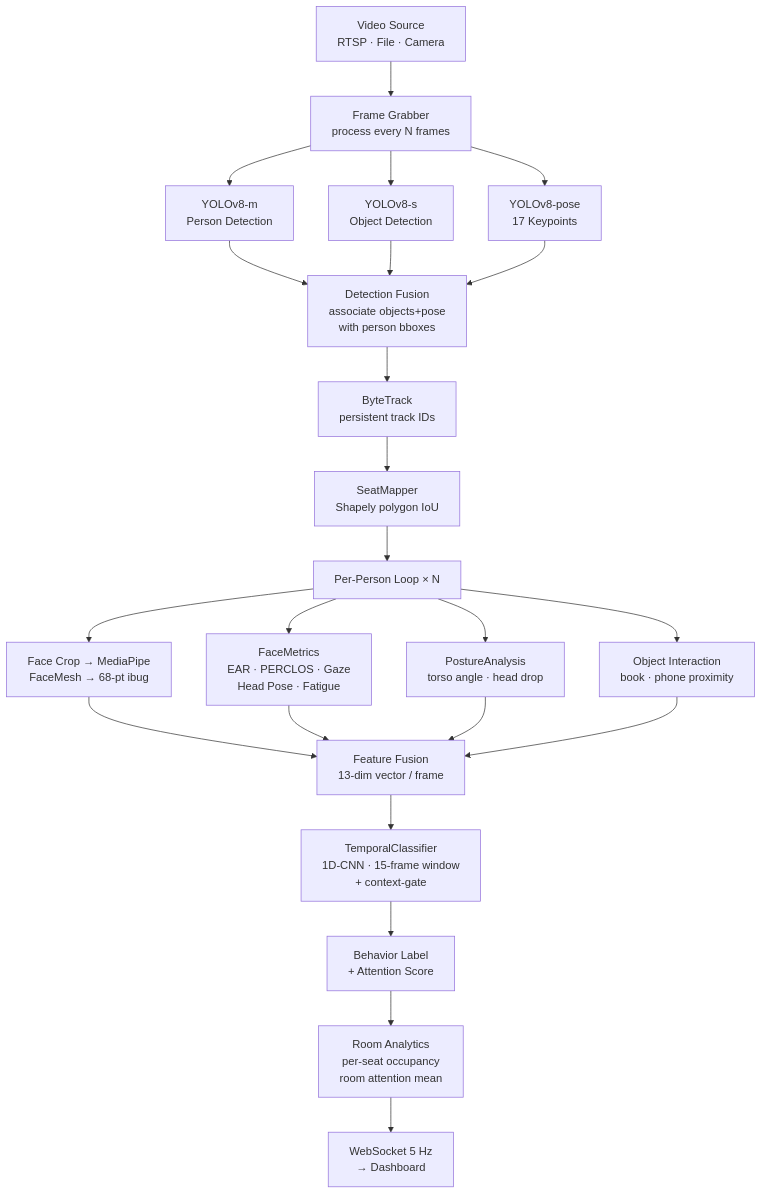
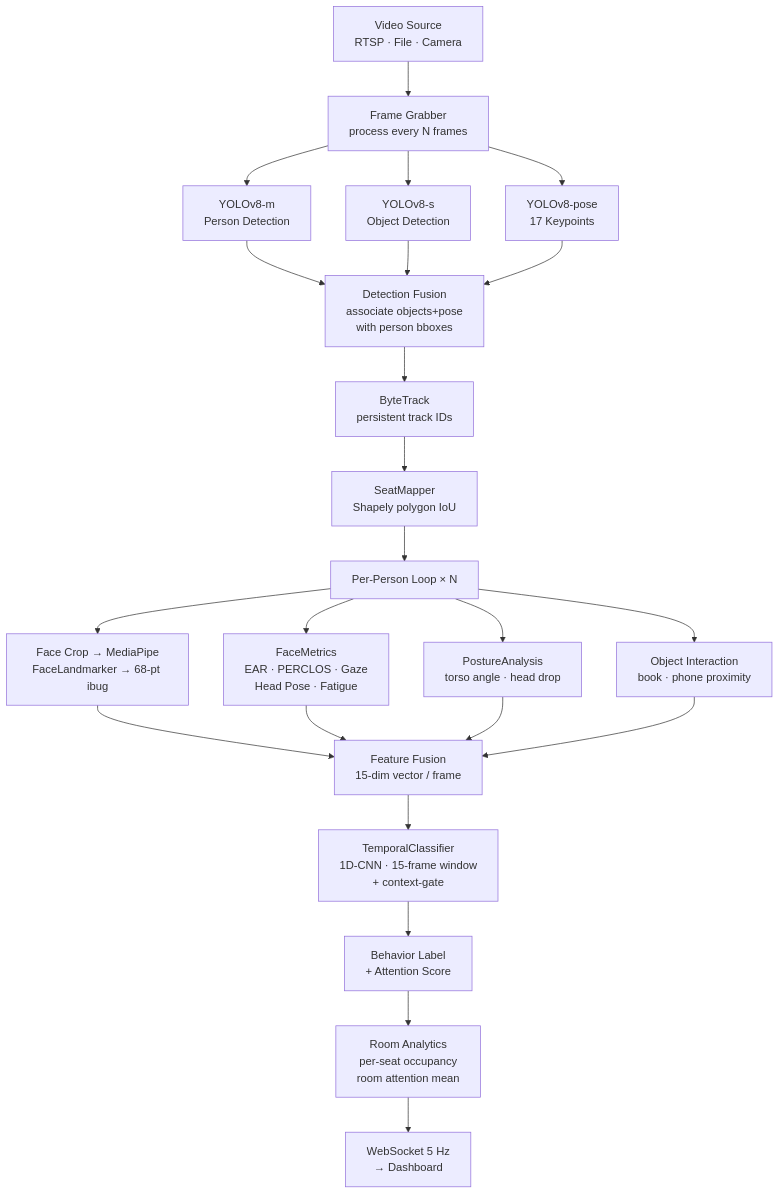
The first of 3 diagrams in README-v2.0.md (hrishikeshjh/AttentionTrackerOSS), drawn with Mermaid before and after one commit. The commit also changed other lines of this file and 10 other files, not shown here.

````diff
--- a/README-v2.0.md
+++ b/README-v2.0.md
@@ -51,24 +58,24 @@
 ```mermaid
 flowchart TD
     SRC["Video Source<br/>RTSP · File · Camera"] --> GRAB["Frame Grabber<br/>process every N frames"]
     GRAB --> P1["YOLOv8-m<br/>Person Detection"]
     GRAB --> P2["YOLOv8-s<br/>Object Detection"]
     GRAB --> P3["YOLOv8-pose<br/>17 Keypoints"]
 
     P1 & P2 & P3 --> FUSE["Detection Fusion<br/>associate objects+pose<br/>with person bboxes"]
     FUSE --> BT["ByteTrack<br/>persistent track IDs"]
     BT --> SM["SeatMapper<br/>Shapely polygon IoU"]
 
     SM --> LOOP["Per-Person Loop × N"]
-    LOOP --> FL["Face Crop → MediaPipe<br/>FaceMesh → 68-pt ibug"]
+    LOOP --> FL["Face Crop → MediaPipe<br/>FaceLandmarker → 68-pt ibug"]
     LOOP --> FM["FaceMetrics<br/>EAR · PERCLOS · Gaze<br/>Head Pose · Fatigue"]
     LOOP --> PA["PostureAnalysis<br/>torso angle · head drop"]
     LOOP --> OI["Object Interaction<br/>book · phone proximity"]
 
-    FL & FM & PA & OI --> FF["Feature Fusion<br/>13-dim vector / frame"]
+    FL & FM & PA & OI --> FF["Feature Fusion<br/>15-dim vector / frame"]
     FF --> TC["TemporalClassifier<br/>1D-CNN · 15-frame window<br/>+ context-gate"]
     TC --> BL["Behavior Label<br/>+ Attention Score"]
 
     BL --> RA["Room Analytics<br/>per-seat occupancy<br/>room attention mean"]
     RA --> WS["WebSocket 5 Hz<br/>→ Dashboard"]
 ```
````
